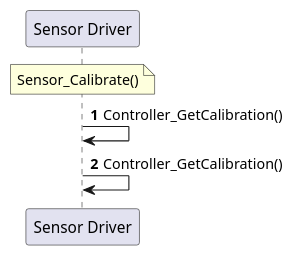
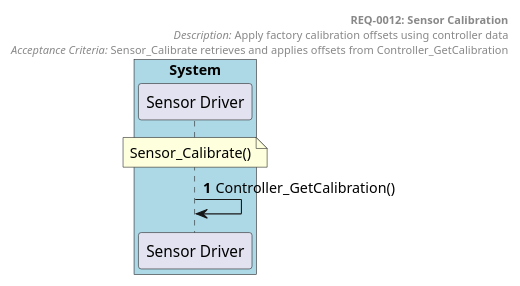
One commit to tvanfossen/doxygen-guard-example changed the diagram in docs/generated/sequences/REQ-0012.puml. Above: the diagram before and after it, drawn with PlantUML. The commit also changed 31 other files, not shown here.

First line of the commit message:
Expand examples: dual requirements, OTA flow, event bus, shadow sync

```diff
--- a/docs/generated/sequences/REQ-0012.puml
+++ b/docs/generated/sequences/REQ-0012.puml
@@ -1,11 +1,18 @@
-@startuml REQ-0012
+@startuml REQ-0012 Sensor Calibration
 autonumber
 
-participant "Sensor Driver" as Sensor_Driver
+box "System" #LightBlue
+  participant "Sensor Driver" as Sensor_Driver
+end box
+
+header
+  **REQ-0012: Sensor Calibration**
+  //Description:// Apply factory calibration offsets using controller data
+  //Acceptance Criteria:// Sensor_Calibrate retrieves and applies offsets from Controller_GetCalibration
+end header
 
 note over Sensor_Driver: Sensor_Calibrate()
 
 Sensor_Driver -> Sensor_Driver: Controller_GetCalibration()
-Sensor_Driver -> Sensor_Driver: Controller_GetCalibration()
 
 @enduml
```
